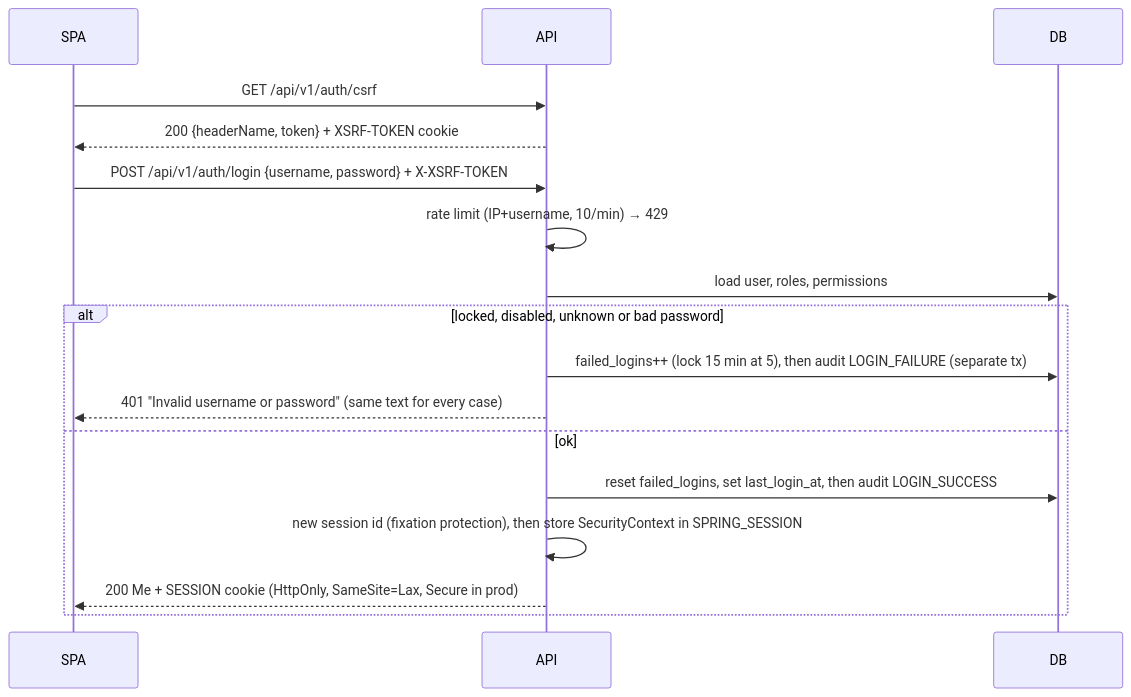
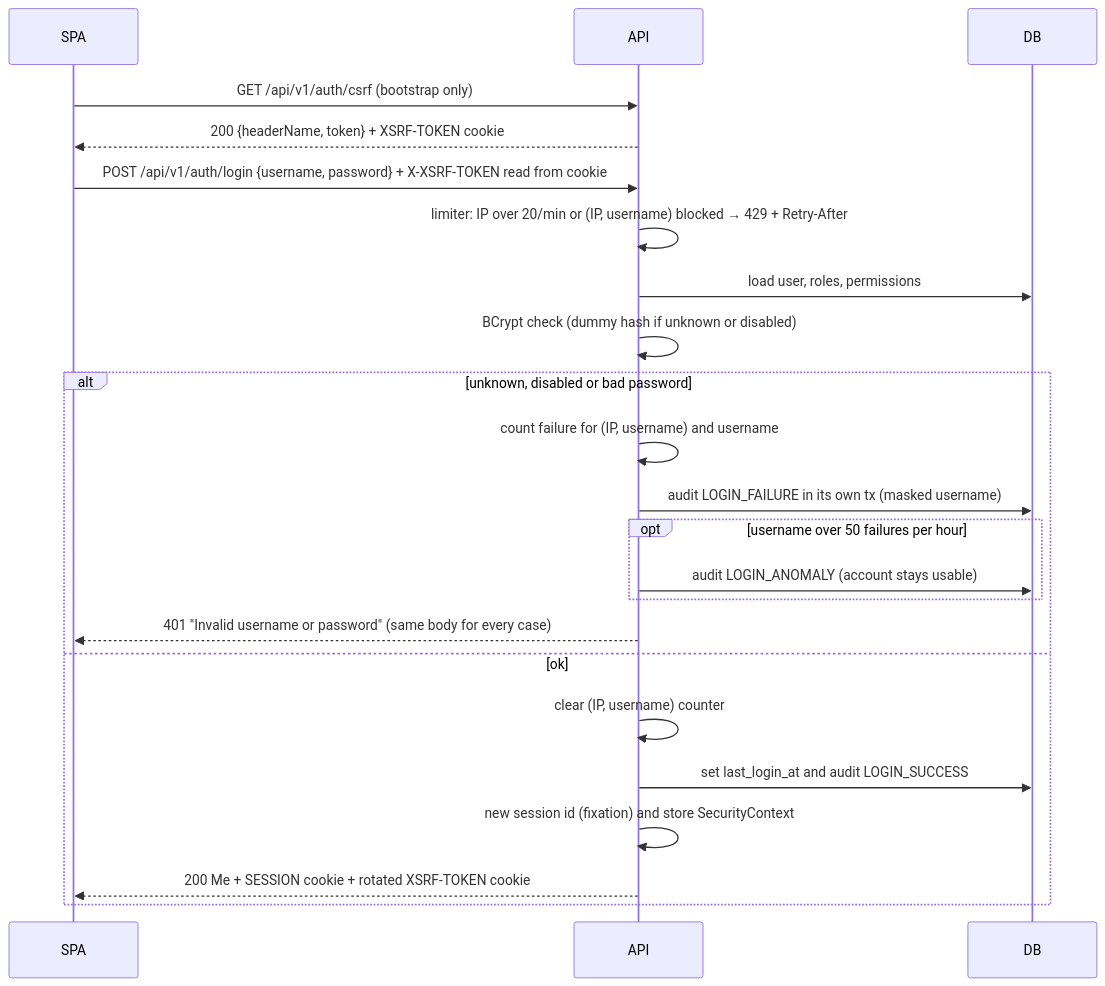
The diagram in docs/design/01-foundation/backend.md (manjunathyadavs1998/telecom-support), drawn with Mermaid before and after one commit. The commit also changed other lines of this file and 6 other files, not shown here.

````diff
--- a/docs/design/01-foundation/backend.md
+++ b/docs/design/01-foundation/backend.md
@@ -129,19 +98,25 @@
 ```mermaid
 sequenceDiagram
   participant SPA
   participant API
   participant DB
-  SPA->>API: GET /api/v1/auth/csrf
+  SPA->>API: GET /api/v1/auth/csrf (bootstrap only)
   API-->>SPA: 200 {headerName, token} + XSRF-TOKEN cookie
-  SPA->>API: POST /api/v1/auth/login {username, password} + X-XSRF-TOKEN
-  API->>API: rate limit (IP+username, 10/min) → 429
+  SPA->>API: POST /api/v1/auth/login {username, password} + X-XSRF-TOKEN read from cookie
+  API->>API: limiter: IP over 20/min or (IP, username) blocked → 429 + Retry-After
   API->>DB: load user, roles, permissions
-  alt locked, disabled, unknown or bad password
-    API->>DB: failed_logins++ (lock 15 min at 5), then audit LOGIN_FAILURE (separate tx)
-    API-->>SPA: 401 "Invalid username or password" (same text for every case)
+  API->>API: BCrypt check (dummy hash if unknown or disabled)
+  alt unknown, disabled or bad password
+    API->>API: count failure for (IP, username) and username
+    API->>DB: audit LOGIN_FAILURE in its own tx (masked username)
+    opt username over 50 failures per hour
+      API->>DB: audit LOGIN_ANOMALY (account stays usable)
+    end
+    API-->>SPA: 401 "Invalid username or password" (same body for every case)
   else ok
-    API->>DB: reset failed_logins, set last_login_at, then audit LOGIN_SUCCESS
-    API->>API: new session id (fixation protection), then store SecurityContext in SPRING_SESSION
-    API-->>SPA: 200 Me + SESSION cookie (HttpOnly, SameSite=Lax, Secure in prod)
+    API->>API: clear (IP, username) counter
+    API->>DB: set last_login_at and audit LOGIN_SUCCESS
+    API->>API: new session id (fixation) and store SecurityContext
+    API-->>SPA: 200 Me + SESSION cookie + rotated XSRF-TOKEN cookie
   end
 ```
````
